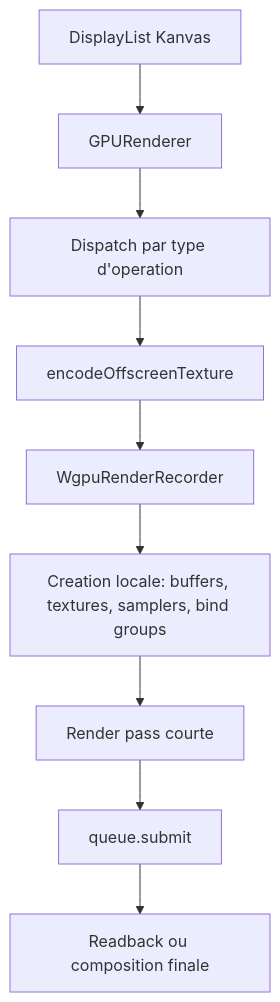
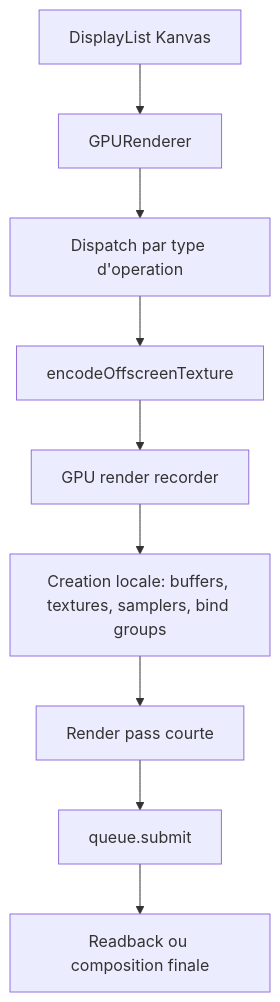
Before and after one commit to ygdrasil-io/kanvas: the first of 8 diagrams in refactor/06-diagrams.md, drawn with Mermaid. The commit also changed other lines of this file and 7 other files, not shown here.

````diff
--- a/refactor/06-diagrams.md
+++ b/refactor/06-diagrams.md
@@ -8,11 +8,11 @@
 ```mermaid
 flowchart TD
     A["DisplayList Kanvas"] --> B["GPURenderer"]
     B --> C["Dispatch par type d'operation"]
     C --> D["encodeOffscreenTexture"]
-    D --> E["WgpuRenderRecorder"]
+    D --> E["GPU render recorder"]
     E --> F["Creation locale: buffers, textures, samplers, bind groups"]
     F --> G["Render pass courte"]
     G --> H["queue.submit"]
     H --> I["Readback ou composition finale"]
 ```
````
